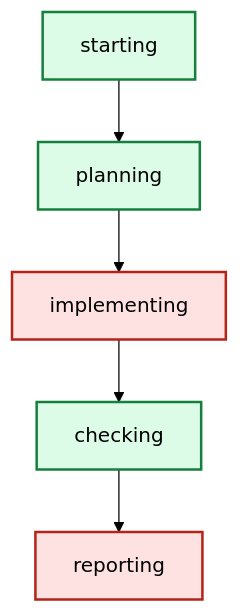
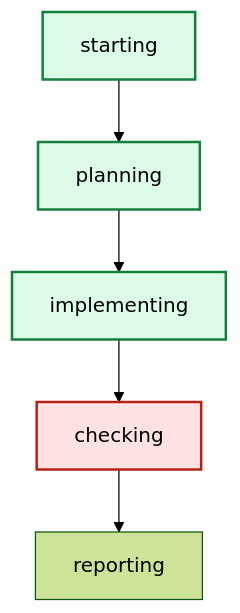
Before and after one commit to daniell0gda/hermes-feature-check-dashboard: the diagram in latest/graph.mmd, drawn with Mermaid (forest theme). The commit also changed 32 other files, not shown here.

```diff
--- a/latest/graph.mmd
+++ b/latest/graph.mmd
@@ -1,14 +1,13 @@
 graph TD
     starting --> planning
     planning --> implementing
     implementing --> checking
     checking --> reporting
 
 classDef done fill:#dcfce7,stroke:#15803d,stroke-width:2px;
 classDef active fill:#dbeafe,stroke:#2563eb,stroke-width:3px;
 classDef failed fill:#fee2e2,stroke:#b42318,stroke-width:2px;
-class implementing failed;
+class implementing done;
+class checking failed;
+class starting done;
 class planning done;
-class starting done;
-class reporting failed;
-class checking done;
```
